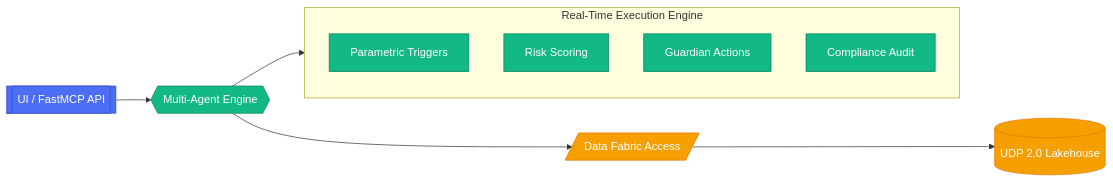
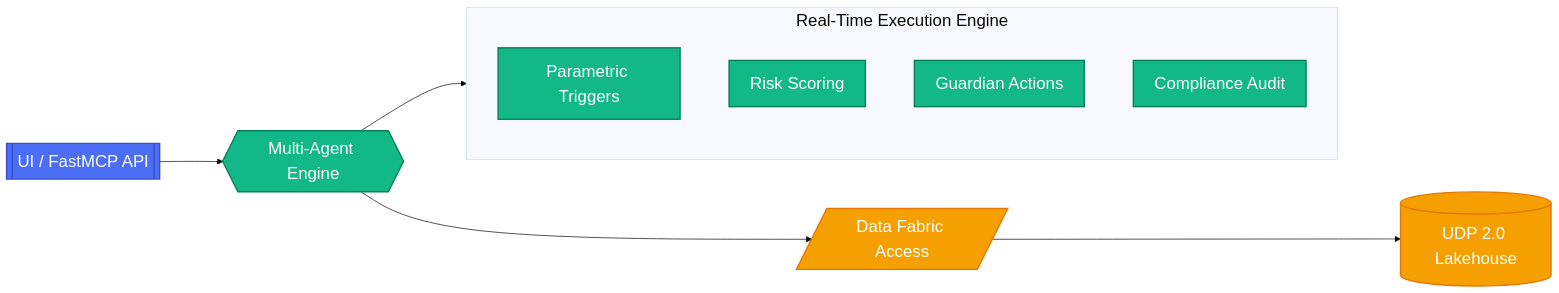
One commit to sehgalnamit/udp2-living-risk-engine changed the third of 4 diagrams in DEPLOYMENT_GUIDE.md. Above: the diagram before and after it, drawn with Mermaid. The commit also changed other lines of this file and 7 other files, not shown here.

Commit message:
Increase Mermaid diagram font size and disable max-width for better visibility

````diff
--- a/DEPLOYMENT_GUIDE.md
+++ b/DEPLOYMENT_GUIDE.md
@@ -401,20 +403,21 @@
 ```mermaid
+%%{init: {'theme': 'base', 'themeVariables': {'fontSize': '24px'}, 'flowchart': {'useMaxWidth': false, 'nodeSpacing': 70, 'rankSpacing': 90}}}%%
 flowchart LR
-    classDef ui fill:#4C6EF5,color:#fff,stroke:#364FC7,stroke-width:1px;
-    classDef engine fill:#12B886,color:#fff,stroke:#087F5B,stroke-width:1px;
-    classDef data fill:#F59F00,color:#fff,stroke:#E67700,stroke-width:1px;
+    classDef ui fill:#4C6EF5,color:#fff,stroke:#364FC7,stroke-width:2px;
+    classDef engine fill:#12B886,color:#fff,stroke:#087F5B,stroke-width:2px;
+    classDef data fill:#F59F00,color:#fff,stroke:#E67700,stroke-width:2px;
 
     UI[[UI / FastMCP API]]:::ui --> ME{{Multi-Agent Engine}}:::engine
     ME --> DF[/Data Fabric Access/]:::data
     DF --> LH[(UDP 2.0 Lakehouse)]:::data
 
     subgraph RTE["Real-Time Execution Engine"]
         direction TB
         PT[Parametric Triggers]:::engine
         RS[Risk Scoring]:::engine
         GA[Guardian Actions]:::engine
         CA[Compliance Audit]:::engine
     end
 
     ME --> RTE
 ```
````
